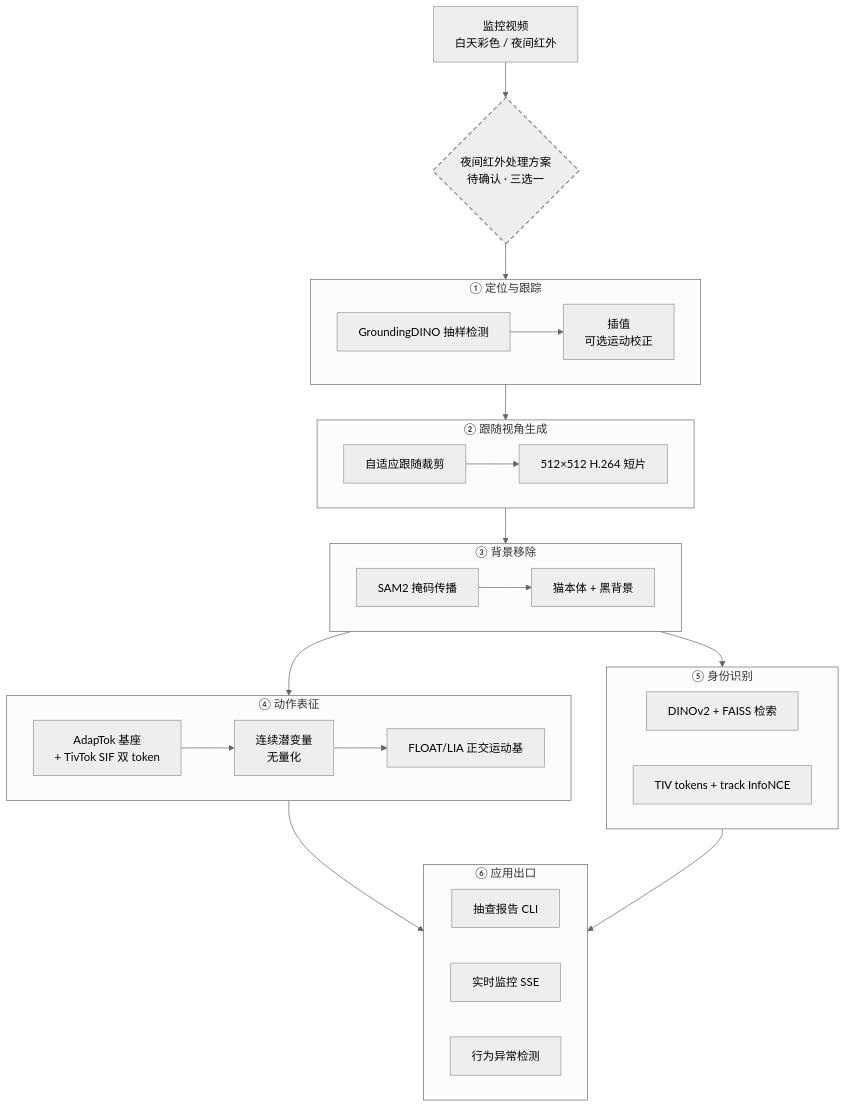
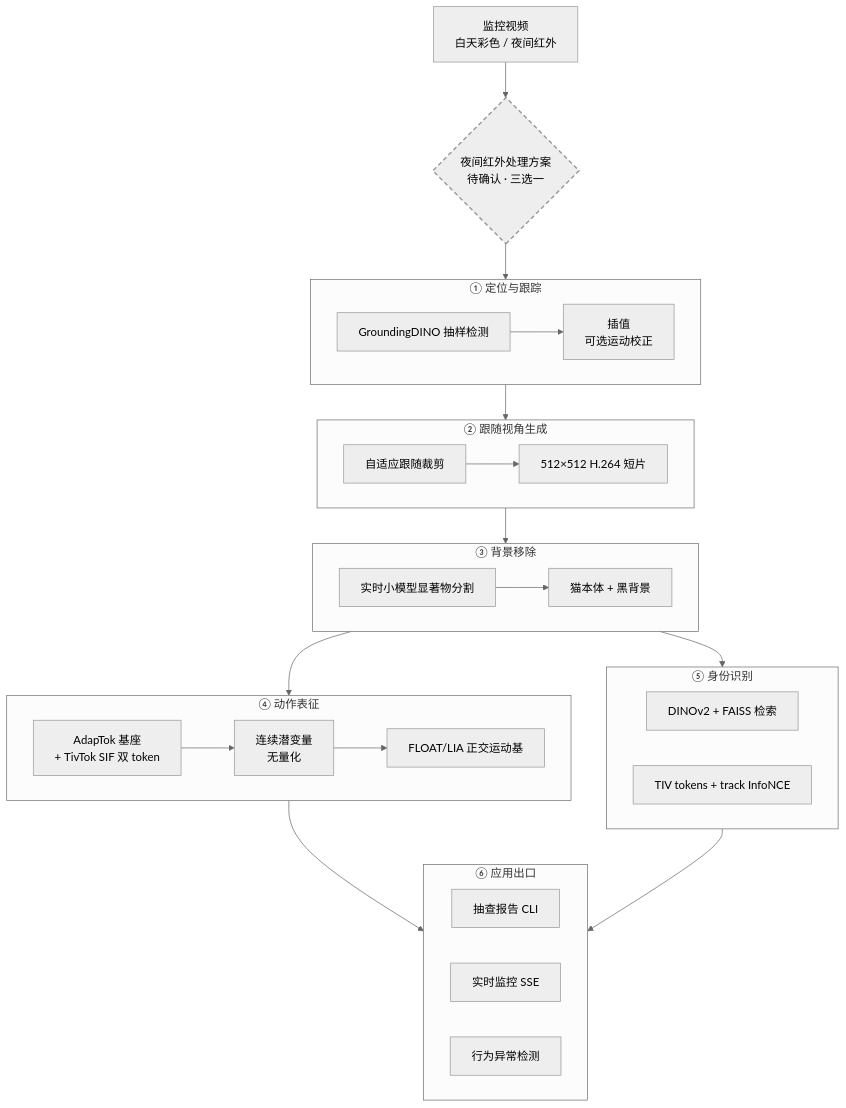
The first of 7 diagrams in management/docs/architecture.md (gongshangzheng/pet-action-recognition), drawn with Mermaid (neutral theme) before and after one commit. The commit also changed other lines of this file and 5 other files, not shown here.

````diff
--- a/management/docs/architecture.md
+++ b/management/docs/architecture.md
@@ -42,45 +42,45 @@
 ```mermaid
 flowchart TD
     V[监控视频<br/>白天彩色 / 夜间红外] --> IRQ{"夜间红外处理方案<br/>待确认 · 三选一"}
     IRQ --> S1
 
     subgraph S1["① 定位与跟踪"]
         A1[GroundingDINO 抽样检测] --> A2[插值<br/>可选运动校正]
     end
 
     S1 --> S2
 
     subgraph S2["② 跟随视角生成"]
         B1[自适应跟随裁剪] --> B2[512×512 H.264 短片]
     end
 
     S2 --> S3
 
     subgraph S3["③ 背景移除"]
-        C1[SAM2 掩码传播] --> C2[猫本体 + 黑背景]
+        C1[实时小模型显著物分割] --> C2[猫本体 + 黑背景]
     end
 
     S3 --> S4
     S3 --> S5
 
     subgraph S4["④ 动作表征"]
         D1[AdapTok 基座<br/>+ TivTok SIF 双 token] --> D2[连续潜变量<br/>无量化]
         D2 --> D3[FLOAT/LIA 正交运动基]
     end
 
     subgraph S5["⑤ 身份识别"]
         E1[DINOv2 + FAISS 检索]
         E2[TIV tokens + track InfoNCE]
     end
 
     S4 --> S6
     S5 --> S6
 
     subgraph S6["⑥ 应用出口"]
         F1[抽查报告 CLI]
         F2[实时监控 SSE]
         F3[行为异常检测]
     end
 
     style IRQ stroke-dasharray: 6 4,stroke-width:2px
 ```
````
